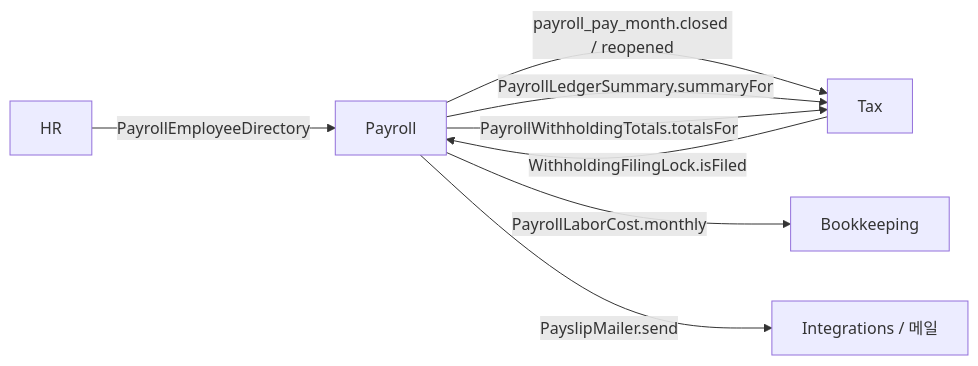
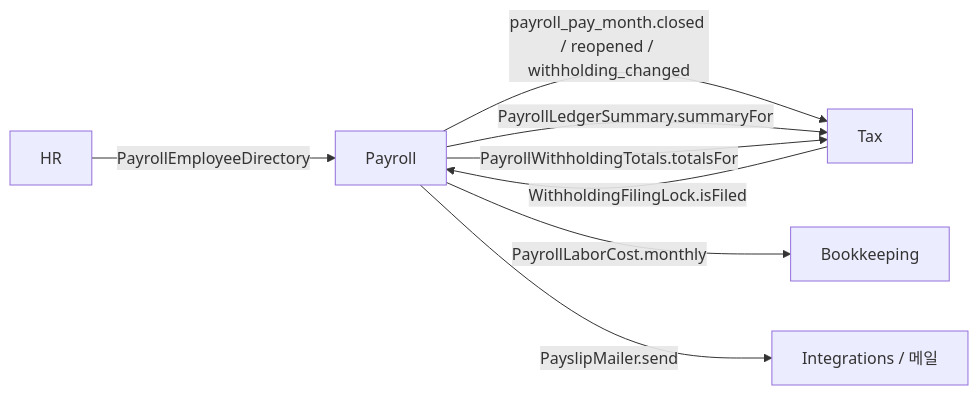
One commit to cbcruk/semu changed the third of 3 diagrams in docs/design/payroll.md. Above: the diagram before and after it, drawn with Mermaid. The commit also changed other lines of this file and 7 other files, not shown here.

````diff
--- a/docs/design/payroll.md
+++ b/docs/design/payroll.md
@@ -318,10 +326,10 @@
 ```mermaid
 flowchart LR
   HR[HR] -- PayrollEmployeeDirectory --> PAY[Payroll]
-  PAY -- payroll_pay_month.closed / reopened --> TAX[Tax]
+  PAY -- payroll_pay_month.closed / reopened / withholding_changed --> TAX[Tax]
   TAX -- WithholdingFilingLock.isFiled --> PAY
   PAY -- PayrollLedgerSummary.summaryFor --> TAX
   PAY -- PayrollWithholdingTotals.totalsFor --> TAX
   PAY -- PayrollLaborCost.monthly --> BK[Bookkeeping]
   PAY -- PayslipMailer.send --> INT[Integrations / 메일]
 ```
````
